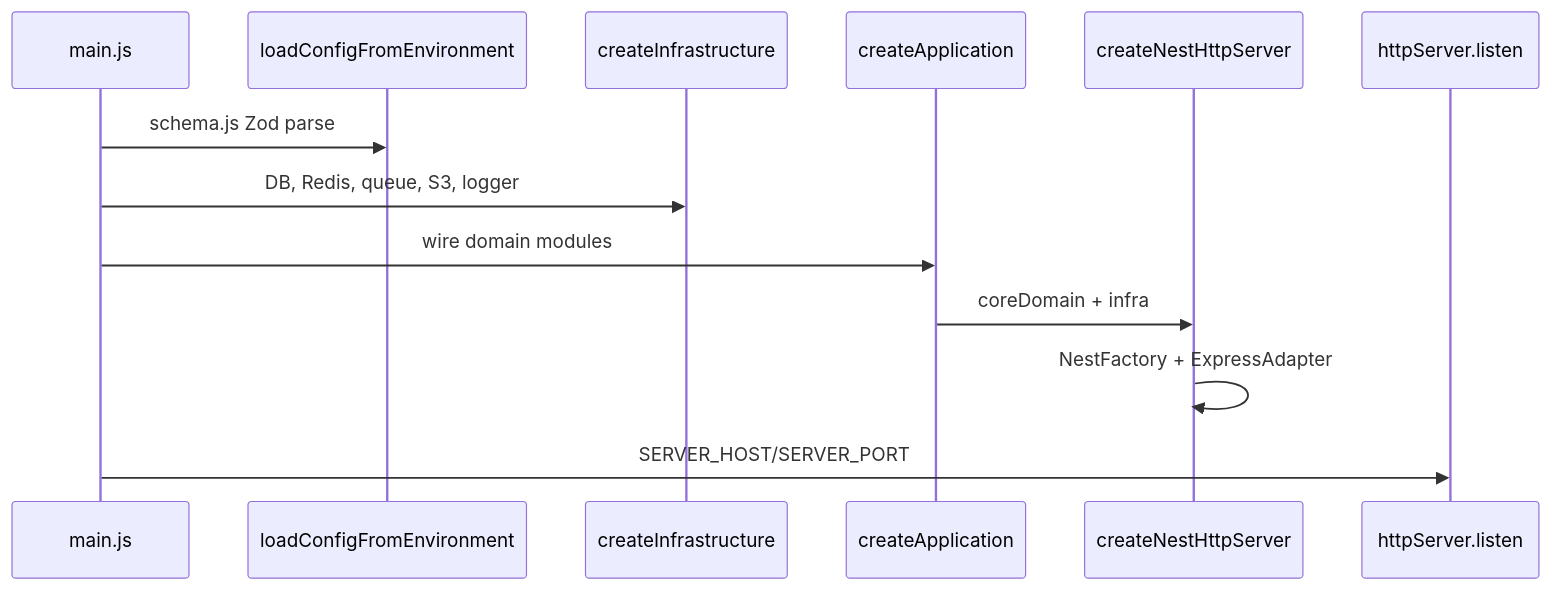
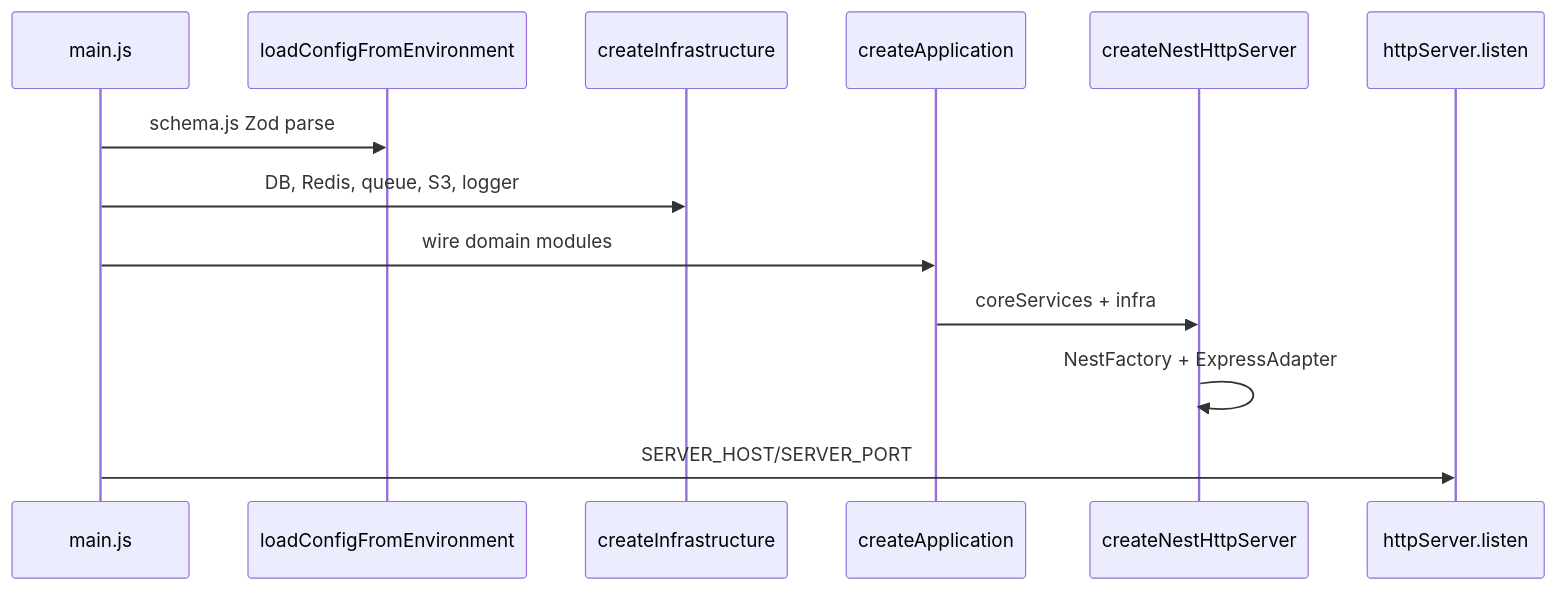
One commit to alikhanaries/nexora-backend changed the first of 6 diagrams in docs/architecture/Wasl_Backend_Complete_Architecture_and_Technology_Guide.md. Above: the diagram before and after it, drawn with Mermaid. The commit also changed other lines of this file and 552 other files, not shown here.

````diff
--- a/docs/architecture/Wasl_Backend_Complete_Architecture_and_Technology_Guide.md
+++ b/docs/architecture/Wasl_Backend_Complete_Architecture_and_Technology_Guide.md
@@ -827,16 +827,16 @@
 ```mermaid
 sequenceDiagram
   participant Main as main.js
   participant Config as loadConfigFromEnvironment
   participant Infra as createInfrastructure
   participant App as createApplication
   participant Nest as createNestHttpServer
   participant Listen as httpServer.listen
 
   Main->>Config: schema.js Zod parse
   Main->>Infra: DB, Redis, queue, S3, logger
   Main->>App: wire domain modules
-  App->>Nest: coreDomain + infra
+  App->>Nest: coreServices + infra
   Nest->>Nest: NestFactory + ExpressAdapter
   Main->>Listen: SERVER_HOST/SERVER_PORT
 ```
````
